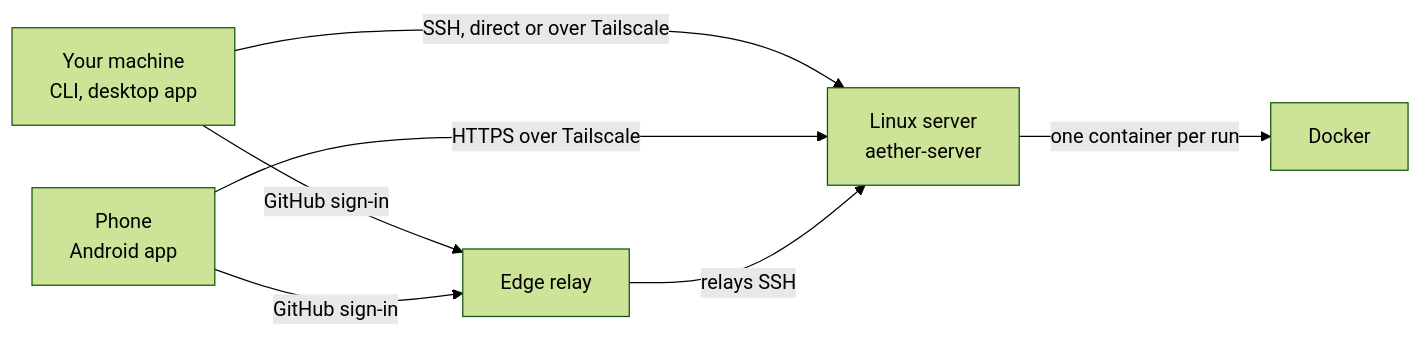
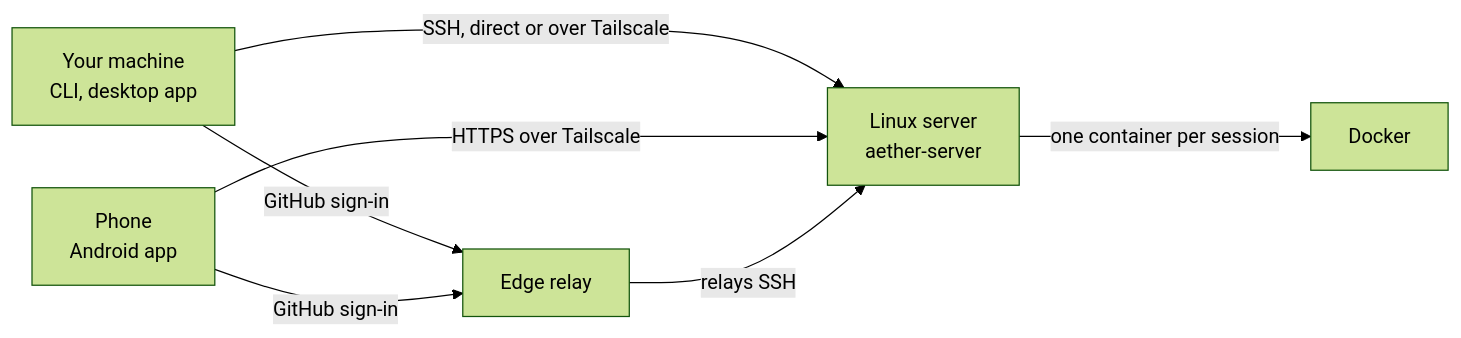
One commit to 3xDevOps/aether changed the diagram in docs/install.md. Above: the diagram before and after it, drawn with Mermaid (forest theme). The commit also changed other lines of this file and 845 other files, not shown here.

````diff
--- a/docs/install.md
+++ b/docs/install.md
@@ -26,8 +26,8 @@
 ```mermaid
 flowchart LR
   laptop["Your machine<br/>CLI, desktop app"] -- "SSH, direct or over Tailscale" --> server["Linux server<br/>aether-server"]
   phone["Phone<br/>Android app"] -- "HTTPS over Tailscale" --> server
   laptop & phone -- "GitHub sign-in" --> edge["Edge relay"]
   edge -- "relays SSH" --> server
-  server -- "one container per run" --> docker["Docker"]
+  server -- "one container per session" --> docker["Docker"]
 ```
````
